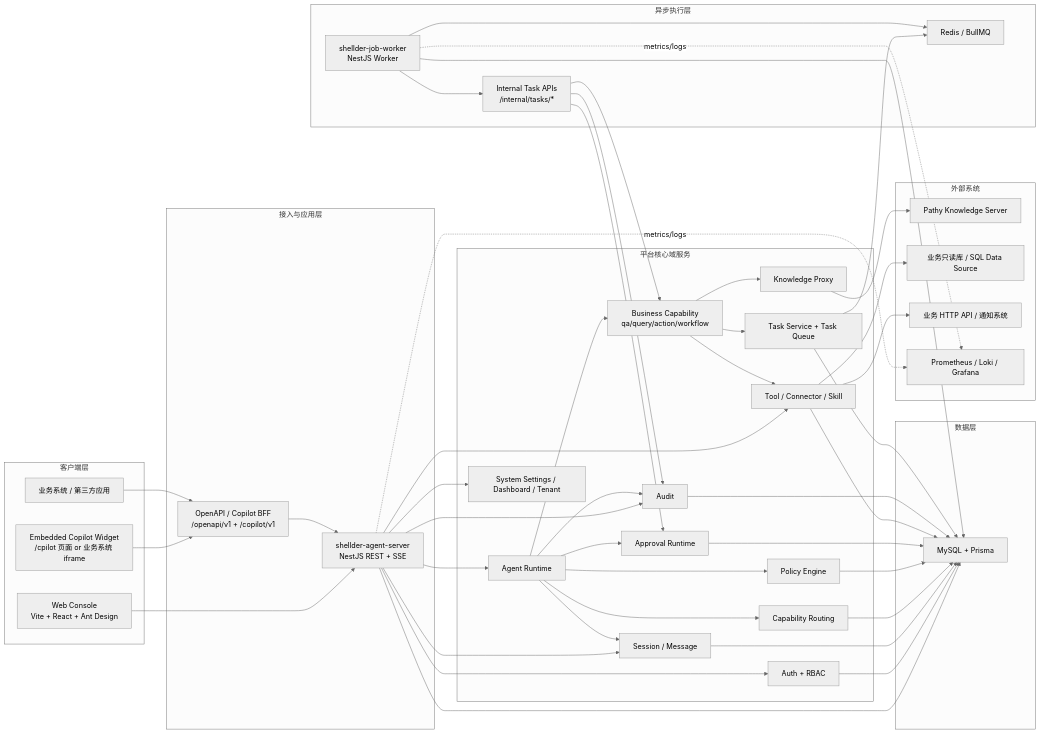
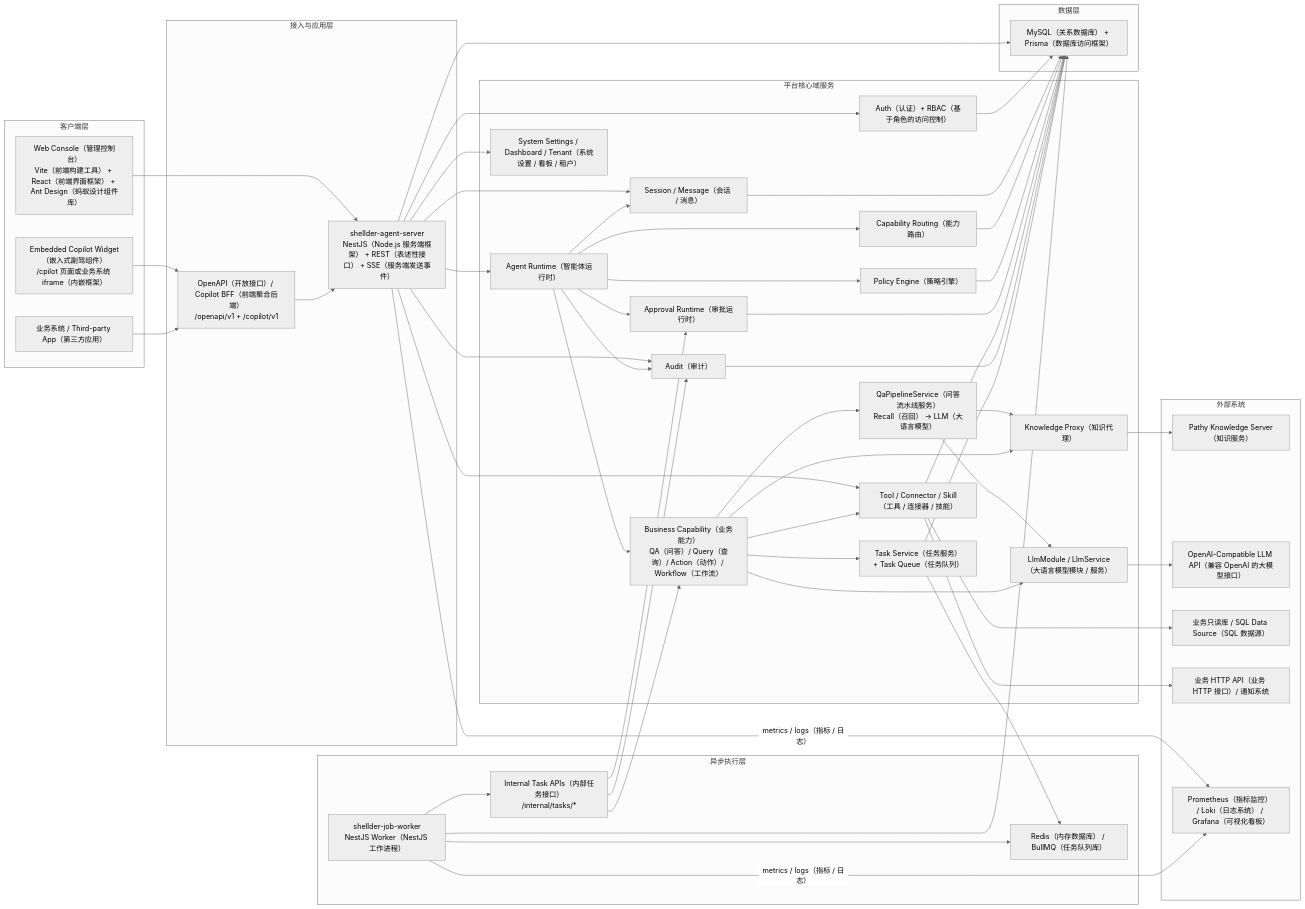
One commit to wangfeifei-xsd/shellder-agent changed the first of 3 diagrams in docs/system-architecture.md. Above: the diagram before and after it, drawn with Mermaid (neutral theme). The commit also changed other lines of this file and 1 other file, not shown here.

Commit message:
流程图

````diff
--- a/docs/system-architecture.md
+++ b/docs/system-architecture.md
@@ -5,46 +5,49 @@
 ```mermaid
 flowchart LR
     subgraph Client["客户端层"]
-        Admin["Web Console\nVite + React + Ant Design"]
-        CopilotWidget["Embedded Copilot Widget\n/cpilot 页面 or 业务系统 iframe"]
-        BizApp["业务系统 / 第三方应用"]
+        Admin["Web Console（管理控制台）\nVite（前端构建工具） + React（前端界面框架） + Ant Design（蚂蚁设计组件库）"]
+        CopilotWidget["Embedded Copilot Widget（嵌入式副驾组件）\n/cpilot 页面或业务系统 iframe（内嵌框架）"]
+        BizApp["业务系统 / Third-party App（第三方应用）"]
     end
 
     subgraph Gateway["接入与应用层"]
-        Server["shellder-agent-server\nNestJS REST + SSE"]
-        OpenAPI["OpenAPI / Copilot BFF\n/openapi/v1 + /copilot/v1"]
+        Server["shellder-agent-server\nNestJS（Node.js 服务端框架） + REST（表述性接口） + SSE（服务端发送事件）"]
+        OpenAPI["OpenAPI（开放接口）/ Copilot BFF（前端聚合后端）\n/openapi/v1 + /copilot/v1"]
     end
 
     subgraph Domain["平台核心域服务"]
-        Auth["Auth + RBAC"]
-        SessionMsg["Session / Message"]
-        Runtime["Agent Runtime"]
-        Routing["Capability Routing"]
-        Policy["Policy Engine"]
-        Approval["Approval Runtime"]
-        BizCap["Business Capability\nqa/query/action/workflow"]
-        TaskSvc["Task Service + Task Queue"]
-        Knowledge["Knowledge Proxy"]
-        Tooling["Tool / Connector / Skill"]
-        Audit["Audit"]
-        Settings["System Settings / Dashboard / Tenant"]
+        Auth["Auth（认证）+ RBAC（基于角色的访问控制）"]
+        SessionMsg["Session / Message（会话 / 消息）"]
+        Runtime["Agent Runtime（智能体运行时）"]
+        Routing["Capability Routing（能力路由）"]
+        Policy["Policy Engine（策略引擎）"]
+        Approval["Approval Runtime（审批运行时）"]
+        LLM["LlmModule / LlmService（大语言模型模块 / 服务）"]
+        BizCap["Business Capability（业务能力）\nQA（问答）/ Query（查询）/ Action（动作）/ Workflow（工作流）"]
+        QaPipeline["QaPipelineService（问答流水线服务）\nRecall（召回） -> LLM（大语言模型）"]
+        TaskSvc["Task Service（任务服务）+ Task Queue（任务队列）"]
+        Knowledge["Knowledge Proxy（知识代理）"]
+        Tooling["Tool / Connector / Skill（工具 / 连接器 / 技能）"]
+        Audit["Audit（审计）"]
+        Settings["System Settings / Dashboard / Tenant（系统设置 / 看板 / 租户）"]
     end
 
     subgraph Async["异步执行层"]
-        Redis["Redis / BullMQ"]
-        Worker["shellder-job-worker\nNestJS Worker"]
-        InternalAPI["Internal Task APIs\n/internal/tasks/*"]
+        Redis["Redis（内存数据库） / BullMQ（任务队列库）"]
+        Worker["shellder-job-worker\nNestJS Worker（NestJS 工作进程）"]
+        InternalAPI["Internal Task APIs（内部任务接口）\n/internal/tasks/*"]
     end
 
     subgraph Data["数据层"]
-        MySQL["MySQL + Prisma"]
+        MySQL["MySQL（关系数据库） + Prisma（数据库访问框架）"]
     end
 
     subgraph External["外部系统"]
-        Pathy["Pathy Knowledge Server"]
-        DBRO["业务只读库 / SQL Data Source"]
-        HTTPBiz["业务 HTTP API / 通知系统"]
-        Monitor["Prometheus / Loki / Grafana"]
+        Pathy["Pathy Knowledge Server（知识服务）"]
+        UpstreamLLM["OpenAI-Compatible LLM API（兼容 OpenAI 的大模型接口）"]
+        DBRO["业务只读库 / SQL Data Source（SQL 数据源）"]
+        HTTPBiz["业务 HTTP API（业务 HTTP 接口）/ 通知系统"]
+        Monitor["Prometheus（指标监控） / Loki（日志系统） / Grafana（可视化看板）"]
     end
 
     Admin --> Server
@@ -66,7 +69,11 @@
     Runtime --> SessionMsg
     Runtime --> Audit
 
+    BizCap --> QaPipeline
+    QaPipeline --> Knowledge
+    QaPipeline --> LLM
     BizCap --> Knowledge
+    BizCap --> LLM
     BizCap --> Tooling
     BizCap --> TaskSvc
 
@@ -78,6 +85,7 @@
     InternalAPI --> Audit
 
     Knowledge --> Pathy
+    LLM --> UpstreamLLM
     Tooling --> DBRO
     Tooling --> HTTPBiz
 
@@ -92,6 +100,6 @@
     Audit --> MySQL
     TaskSvc --> MySQL
 
-    Server -.metrics/logs.-> Monitor
-    Worker -.metrics/logs.-> Monitor
+    Server -->|metrics / logs（指标 / 日志）| Monitor
+    Worker -->|metrics / logs（指标 / 日志）| Monitor
 ```
````
